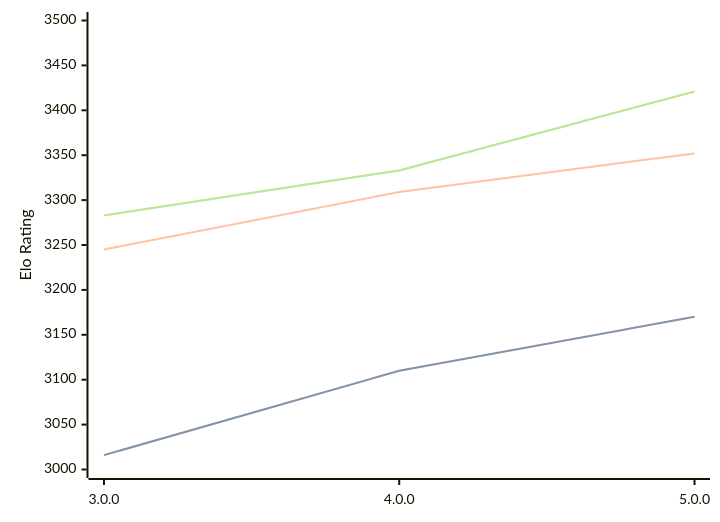
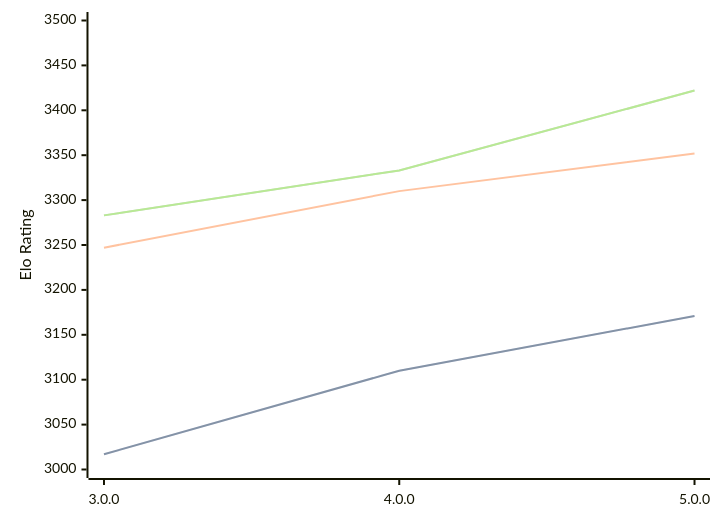
Before and after one commit to computer-chess-index/cci: the diagram in engines/Minke.md, drawn with Mermaid. The commit also changed other lines of this file, not shown here.

Commit message:
Update CCI Ratings (ELO VLTC) - 2026-04-25

````diff
--- a/engines/Minke.md
+++ b/engines/Minke.md
@@ -35,11 +35,11 @@
 ```mermaid
 %%{init: {"theme":"base","themeVariables":{"seriesColors:['#a3a3a3','#222221','#faa371']}}}%%
 xychart-beta
   x-axis ["3.0.0", "4.0.0", "5.0.0"]
   y-axis "Elo Rating" 3000 --> 3500
-  line "STC (8.0+0.08s)" [3016, 3110, 3170]
-  line "STC (8.0+0.08s)" [3016, 3110, 3170]
-  line "LTC (60.0+0.60s)" [3245, 3309, 3352]
-  line "VLTC (2m24s+1.12s)" [3283, 3333, 3421]
-  line "VLTC (2m24s+1.12s)" [3283, 3333, 3421]
+  line "STC (8.0+0.08s)" [3017, 3110, 3171]
+  line "STC (8.0+0.08s)" [3017, 3110, 3171]
+  line "LTC (60.0+0.60s)" [3247, 3310, 3352]
+  line "VLTC (2m24s+1.12s)" [3283, 3333, 3422]
+  line "VLTC (2m24s+1.12s)" [3283, 3333, 3422]
 ```
````
